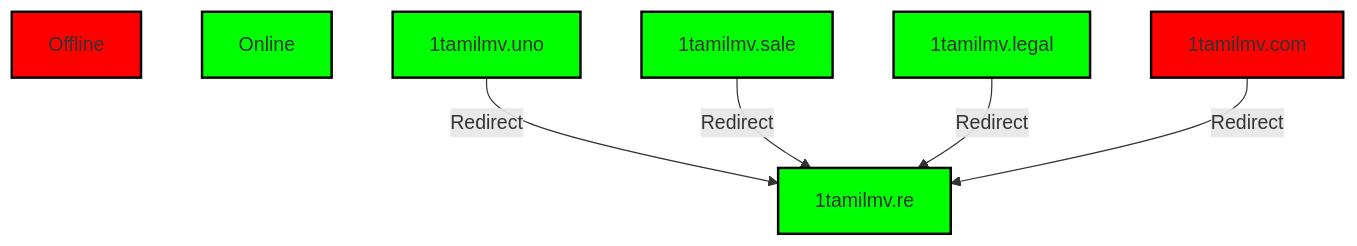
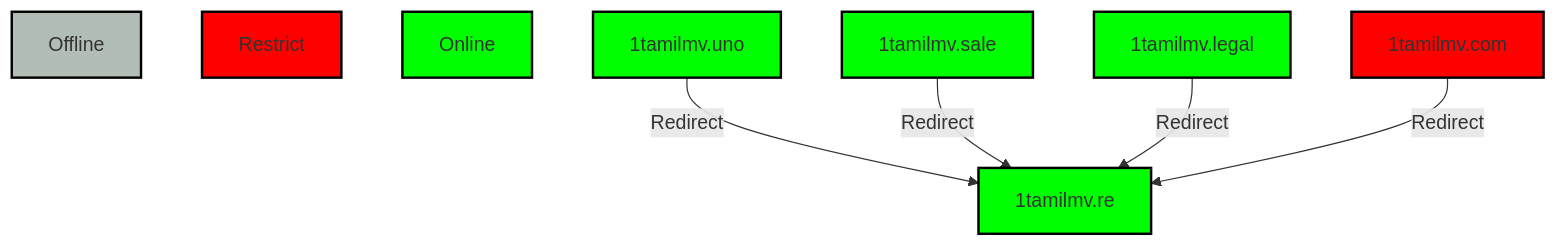
One commit to Tpj-root/SiteEvolution changed the diagram in README.md. Above: the diagram before and after it, drawn with Mermaid.

````diff
--- a/README.md
+++ b/README.md
@@ -405,17 +405,19 @@
 ```mermaid
 graph TD;
+    style A fill:#B2BEB5,stroke:#000,stroke-width:2px;
     style R fill:#f00,stroke:#000,stroke-width:2px;
     style G fill:#0f0,stroke:#000,stroke-width:2px;
     style G1 fill:#0f0,stroke:#000,stroke-width:2px;
     style G2 fill:#0f0,stroke:#000,stroke-width:2px;
     style G3 fill:#0f0,stroke:#000,stroke-width:2px;
     style G4 fill:#f00,stroke:#000,stroke-width:2px;
     style G5 fill:#0f0,stroke:#000,stroke-width:2px;
     
     G[Online]
-    R[Offline]
+    A[Offline]
+    R[Restrict]
     G1[1tamilmv.uno] -->|Redirect| G5[1tamilmv.re]
     G2[1tamilmv.sale] -->|Redirect| G5[1tamilmv.re]
     G3[1tamilmv.legal] -->|Redirect| G5[1tamilmv.re]
     G4[1tamilmv.com] -->|Redirect| G5[1tamilmv.re]
 ```
````
